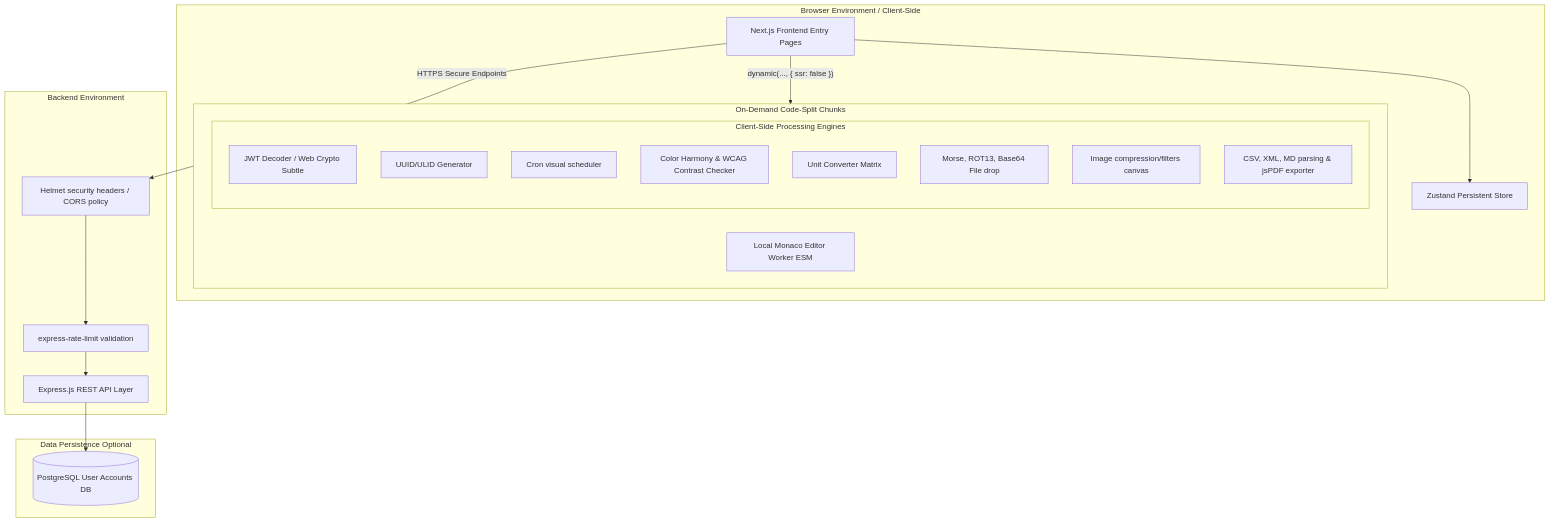
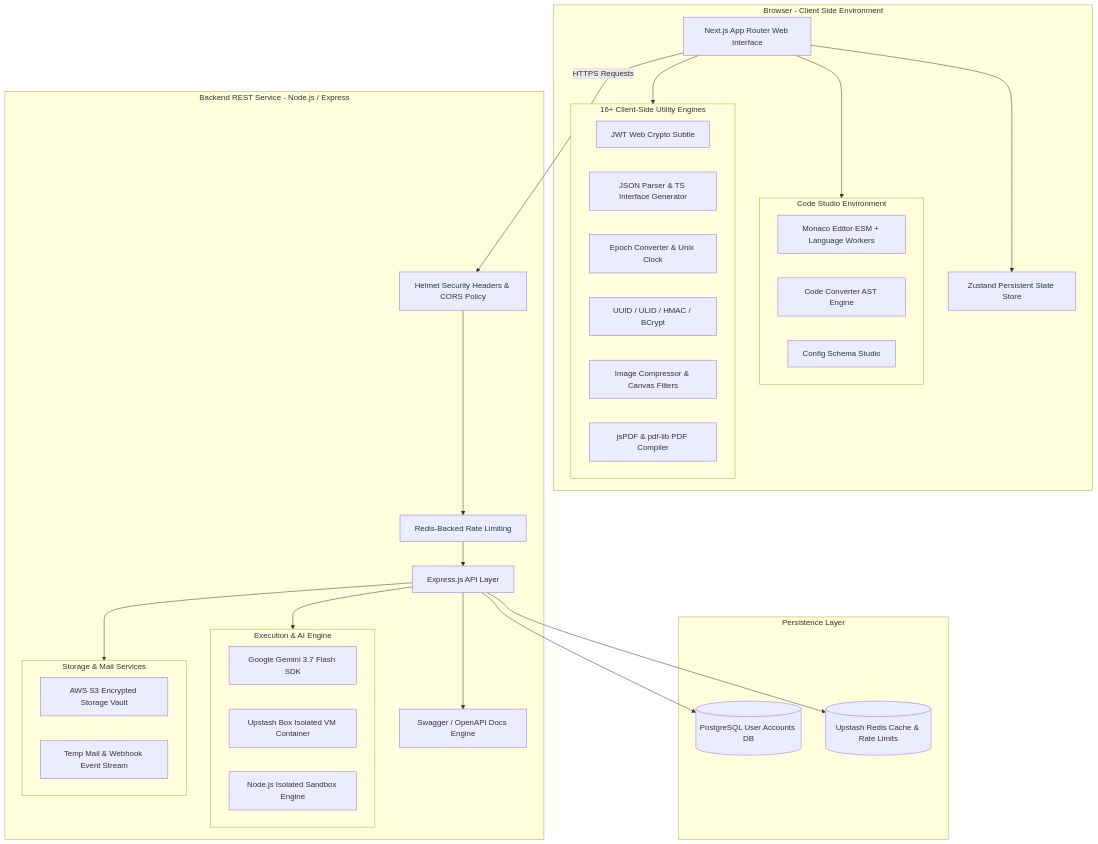
One commit to Sambit556/Dev-toolkit changed the diagram in README.md. Above: the diagram before and after it, drawn with Mermaid. The commit also changed other lines of this file and 32 other files, not shown here.

Commit message:
feat: implement cloud IDE with AI assistant, sandboxed code execution, and supporting backend services

````diff
--- a/README.md
+++ b/README.md
@@ -61,38 +79,57 @@
 ```mermaid
 graph TD
-    subgraph Client [Browser Environment / Client-Side]
-        UI[Next.js Frontend Entry Pages]
-        Store[Zustand Persistent Store]
+    subgraph Client [Browser - Client Side Environment]
+        UI[Next.js App Router Web Interface]
+        Store[Zustand Persistent State Store]
         
-        subgraph LazyChunks [On-Demand Code-Split Chunks]
-            subgraph LocalTools [Client-Side Processing Engines]
-                JWT[JWT Decoder / Web Crypto Subtle]
-                UUID[UUID/ULID Generator]
-                Cron[Cron visual scheduler]
-                Color[Color Harmony & WCAG Contrast Checker]
-                Units[Unit Converter Matrix]
-                EncDec[Morse, ROT13, Base64 File drop]
-                Canvas[Image compression/filters canvas]
-                DocConv[CSV, XML, MD parsing & jsPDF exporter]
-            end
-            Monaco[Local Monaco Editor Worker ESM]
+        subgraph CodeStudio [Code Studio Environment]
+            Monaco[Monaco Editor ESM + Language Workers]
+            Converter[Code Converter AST Engine]
+            ConfigStudio[Config Schema Studio]
+        end
+
+        subgraph ClientTools [16+ Client-Side Utility Engines]
+            JWT[JWT Web Crypto Subtle]
+            JSONTool[JSON Parser & TS Interface Generator]
+            Epoch[Epoch Converter & Unix Clock]
+            Crypto[UUID / ULID / HMAC / BCrypt]
+            Canvas[Image Compressor & Canvas Filters]
+            PDF[jsPDF & pdf-lib PDF Compiler]
         end
     end
 
-    subgraph Server [Backend Environment]
-        API[Express.js REST API Layer]
-        Helmet[Helmet security headers / CORS policy]
-        RateLimiter[express-rate-limit validation]
+    subgraph Server [Backend REST Service - Node.js / Express]
+        API[Express.js API Layer]
+        Helmet[Helmet Security Headers & CORS Policy]
+        RateLimiter[Redis-Backed Rate Limiting]
+        Swagger[Swagger / OpenAPI Docs Engine]
+        
+        subgraph SandboxEngine [Execution & AI Engine]
+            Gemini[Google Gemini 3.7 Flash SDK]
+            Box[Upstash Box Isolated VM Container]
+            NodeVM[Node.js Isolated Sandbox Engine]
+        end
+
+        subgraph StorageEngine [Storage & Mail Services]
+            S3[AWS S3 Encrypted Storage Vault]
+            TempMail[Temp Mail & Webhook Event Stream]
+        end
     end
 
-    subgraph Data [Data Persistence Optional]
+    subgraph Data [Persistence Layer]
         Postgres[(PostgreSQL User Accounts DB)]
+        Redis[(Upstash Redis Cache & Rate Limits)]
     end
 
     UI --> Store
-    UI -- "dynamic(..., { ssr: false })" --> LazyChunks
-    UI -- HTTPS Secure Endpoints --> Helmet
+    UI --> CodeStudio
+    UI --> ClientTools
+    UI -- HTTPS Requests --> Helmet
     Helmet --> RateLimiter
     RateLimiter --> API
+    API --> Swagger
+    API --> SandboxEngine
+    API --> StorageEngine
     API --> Postgres
+    API --> Redis
 ```
````
